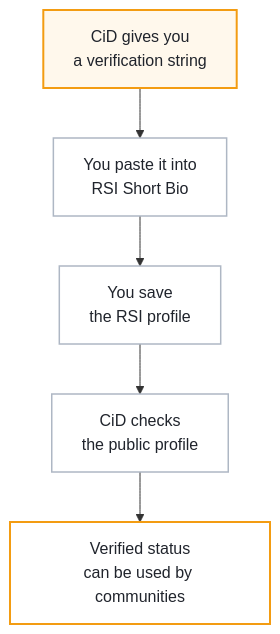
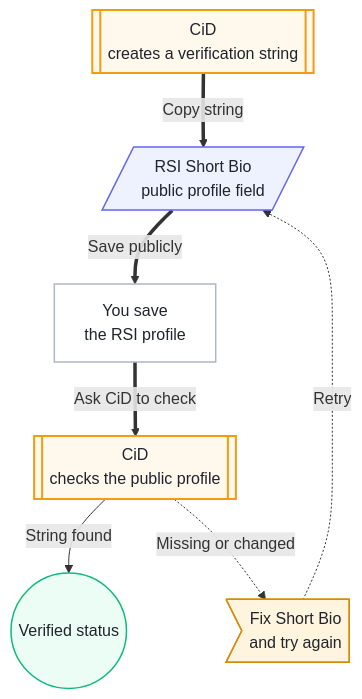
One commit to ArkanisCorporation/CitizenId-docs changed the diagram in docs/players/rsi-verification.md. Above: the diagram before and after it, drawn with Mermaid. The commit also changed 8 other files, not shown here.

Commit message:
fix: normalize existing diagram parts

````diff
--- a/docs/players/rsi-verification.md
+++ b/docs/players/rsi-verification.md
@@ -19,17 +19,27 @@
 ```mermaid
 flowchart TD
-  cid["CiD gives you<br/>a verification string"]
-  rsi["You paste it into<br/>RSI Short Bio"]
+  cid[["CiD<br/>creates a verification string"]]
+  rsi[/"RSI Short Bio<br/>public profile field"/]
   save["You save<br/>the RSI profile"]
-  check["CiD checks<br/>the public profile"]
-  verified["Verified status<br/>can be used by communities"]
+  check[["CiD<br/>checks the public profile"]]
+  verified((Verified status))
+  retry>Fix Short Bio<br/>and try again]
 
-  cid --> rsi --> save --> check --> verified
+  cid ==>|Copy string| rsi
+  rsi ==>|Save publicly| save
+  save ==>|Ask CiD to check| check
+  check -->|"String found"| verified
+  check -. "Missing or changed" .-> retry
+  retry -. "Retry" .-> rsi
 
-  classDef cidNode fill:#fff8ec,stroke:#F39C12,color:#20242c,stroke-width:2px;
-  classDef step fill:#ffffff,stroke:#aeb7c4,color:#20242c,stroke-width:1.5px;
-  classDef success fill:#ffffff,stroke:#F39C12,color:#20242c,stroke-width:2px;
-  class cid cidNode;
-  class rsi,save,check step;
-  class verified success;
+  classDef service fill:#fff8ec,stroke:#F39C12,color:#20242c,stroke-width:2px;
+  classDef context fill:#eef2ff,stroke:#6366f1,color:#20242c,stroke-width:1.5px;
+  classDef action fill:#ffffff,stroke:#aeb7c4,color:#20242c,stroke-width:1.5px;
+  classDef data fill:#ecfdf5,stroke:#10b981,color:#20242c,stroke-width:1.5px;
+  classDef caution fill:#fff4dd,stroke:#d8890f,color:#20242c,stroke-width:1.5px;
+  class cid,check service;
+  class rsi context;
+  class save action;
+  class verified data;
+  class retry caution;
 ```
````
